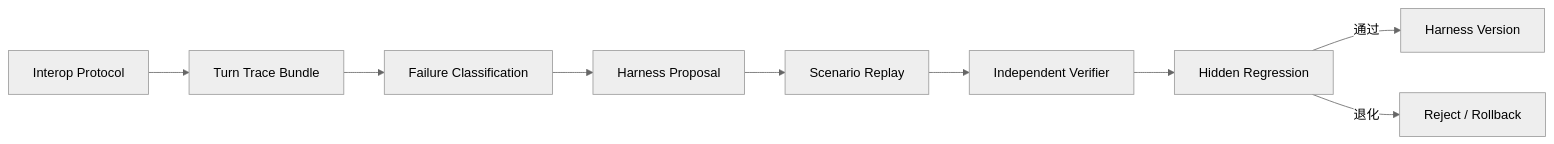
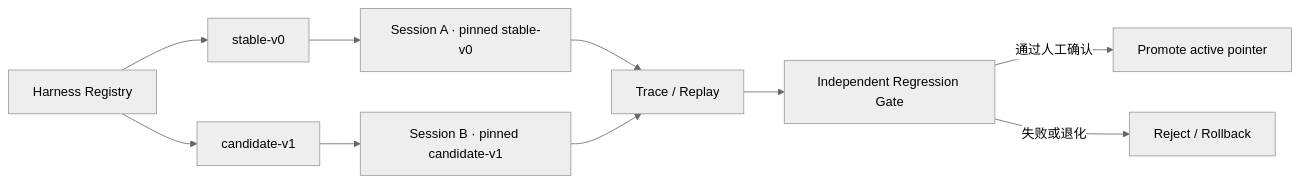
One commit to Pandluto/dmg-end-field changed the diagram in docs/specs/def-opencode-cognitive-runtime-spec8/spec8-1-2.md. Above: the diagram before and after it, drawn with Mermaid (neutral theme). The commit also changed other lines of this file and 1 other file, not shown here.

Commit message:
docs: scope task 8-1-2 to hot-pluggable harness

````diff
--- a/docs/specs/def-opencode-cognitive-runtime-spec8/spec8-1-2.md
+++ b/docs/specs/def-opencode-cognitive-runtime-spec8/spec8-1-2.md
@@ -32,11 +56,12 @@
 ```mermaid
 flowchart LR
-  P["Interop Protocol"] --> T["Turn Trace Bundle"]
-  T --> F["Failure Classification"]
-  F --> HP["Harness Proposal"]
-  HP --> R["Scenario Replay"]
-  R --> V["Independent Verifier"]
-  V --> H["Hidden Regression"]
-  H -->|"通过"| HV["Harness Version"]
-  H -->|"退化"| RB["Reject / Rollback"]
+  R["Harness Registry"] --> S["stable-v0"]
+  R --> C["candidate-v1"]
+  S --> A["Session A · pinned stable-v0"]
+  C --> B["Session B · pinned candidate-v1"]
+  A --> T["Trace / Replay"]
+  B --> T
+  T --> V["Independent Regression Gate"]
+  V -->|"通过人工确认"| P["Promote active pointer"]
+  V -->|"失败或退化"| X["Reject / Rollback"]
 ```
````
